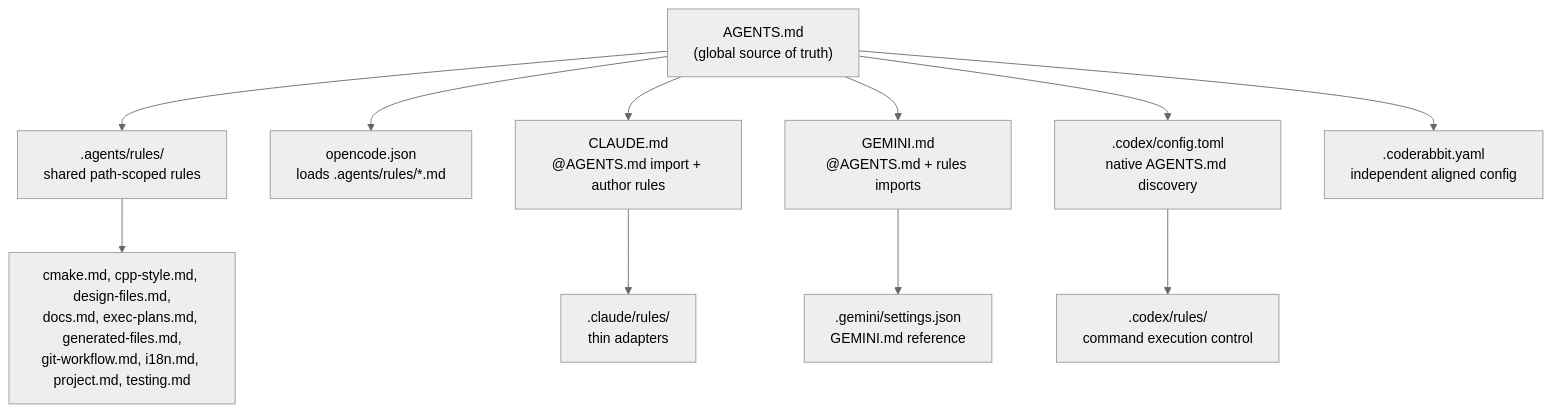
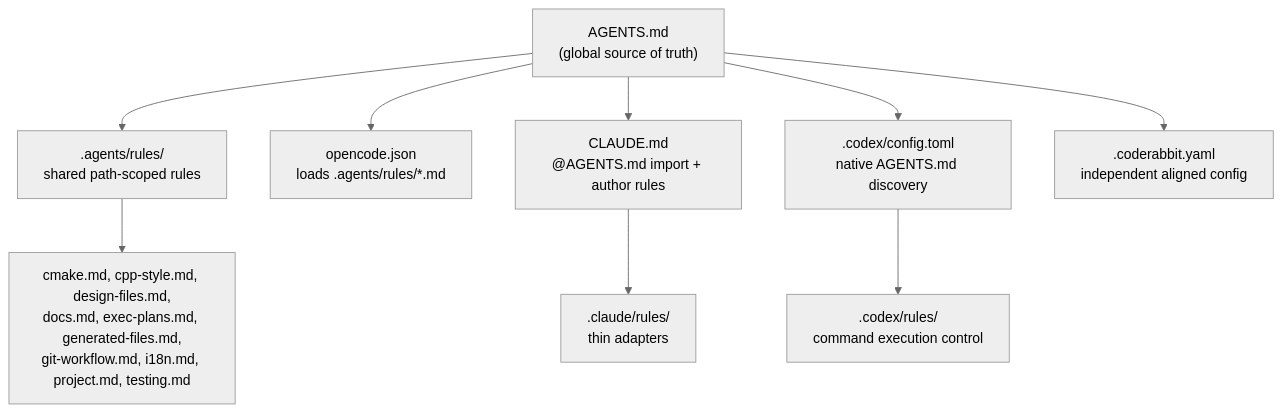
One commit to LotusAndCompany/devtools changed the diagram in docs/development/ai-agent-harness.md. Above: the diagram before and after it, drawn with Mermaid (neutral theme). The commit also changed other lines of this file and 7 other files, not shown here.

````diff
--- a/docs/development/ai-agent-harness.md
+++ b/docs/development/ai-agent-harness.md
@@ -17,14 +17,12 @@
 ```mermaid
 flowchart TD
     agents["AGENTS.md<br/>(global source of truth)"]
     agents --> rules[".agents/rules/<br/>shared path-scoped rules"]
     rules --> rule_files["cmake.md, cpp-style.md, design-files.md,<br/>docs.md, exec-plans.md, generated-files.md,<br/>git-workflow.md, i18n.md, project.md, testing.md"]
     agents --> opencode["opencode.json<br/>loads .agents/rules/*.md"]
     agents --> claude["CLAUDE.md<br/>@AGENTS.md import + author rules"]
     claude --> claude_rules[".claude/rules/<br/>thin adapters"]
-    agents --> gemini["GEMINI.md<br/>@AGENTS.md + rules imports"]
-    gemini --> gemini_settings[".gemini/settings.json<br/>GEMINI.md reference"]
     agents --> codex[".codex/config.toml<br/>native AGENTS.md discovery"]
     codex --> codex_rules[".codex/rules/<br/>command execution control"]
     agents --> coderabbit[".coderabbit.yaml<br/>independent aligned config"]
 ```
````
